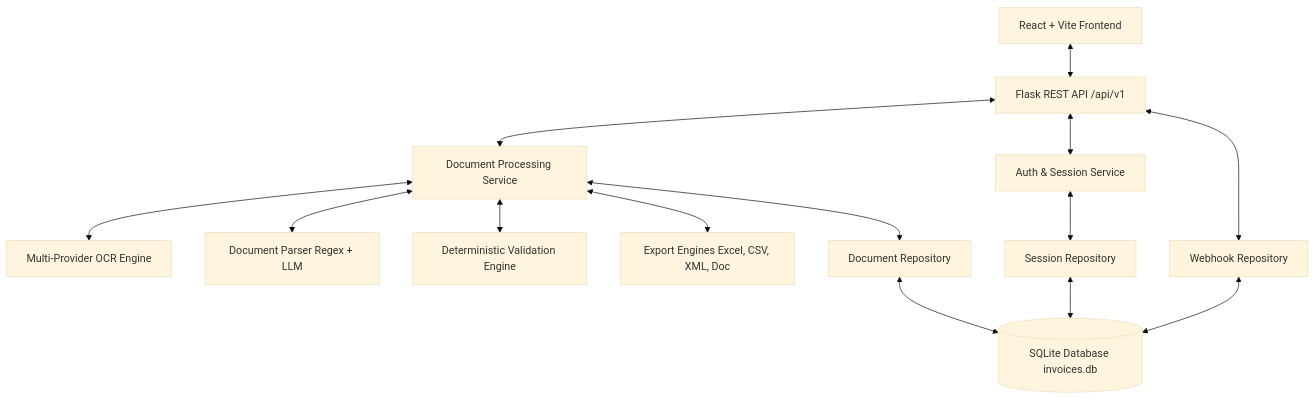
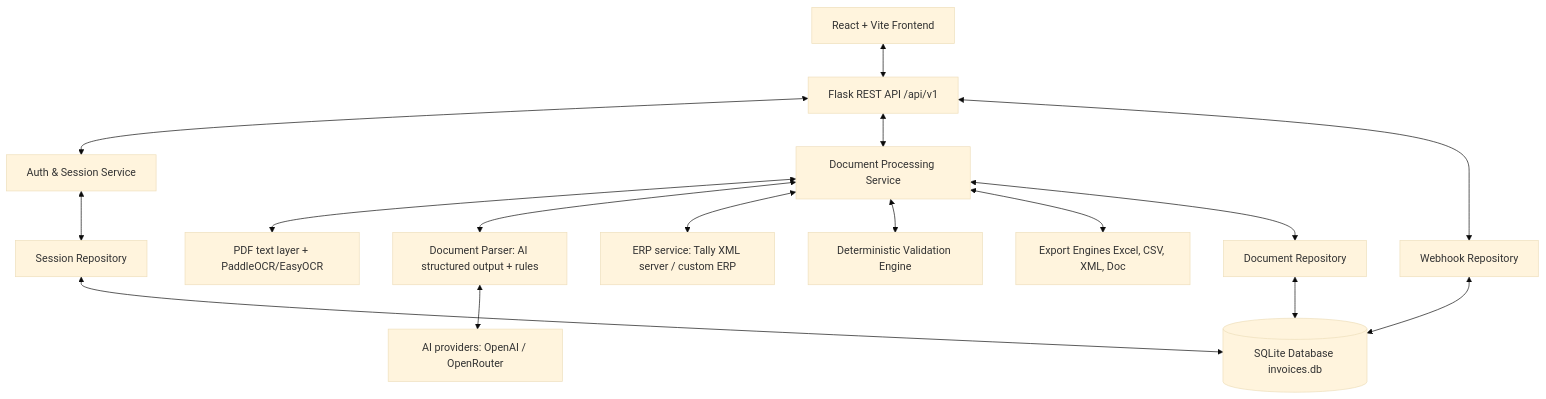
The diagram in docs/ARCHITECTURE.md (AdityaWagh06/Document-to-Excel), drawn with Mermaid (base theme) before and after one commit. The commit also changed other lines of this file and 9 other files, not shown here.

````diff
--- a/docs/ARCHITECTURE.md
+++ b/docs/ARCHITECTURE.md
@@ -7,16 +7,18 @@
 ```mermaid
 graph TD
     Client[React + Vite Frontend] <--> API[Flask REST API /api/v1]
     API <--> Auth[Auth & Session Service]
     API <--> Service[Document Processing Service]
-    Service <--> OCR[Multi-Provider OCR Engine]
-    Service <--> Parser[Document Parser Regex + LLM]
+    Service <--> OCR[PDF text layer + PaddleOCR/EasyOCR]
+    Service <--> Parser[Document Parser: AI structured output + rules]
+    Parser <--> AI[AI providers: OpenAI / OpenRouter]
+    Service <--> ERP[ERP service: Tally XML server / custom ERP]
     Service <--> Validation[Deterministic Validation Engine]
     Service <--> Export[Export Engines Excel, CSV, XML, Doc]
     Service <--> Repo[Document Repository]
     Repo <--> SQLite[(SQLite Database invoices.db)]
     Auth <--> SessionRepo[Session Repository]
     SessionRepo <--> SQLite
     API <--> WebhookRepo[Webhook Repository]
     WebhookRepo <--> SQLite
 ```
````
